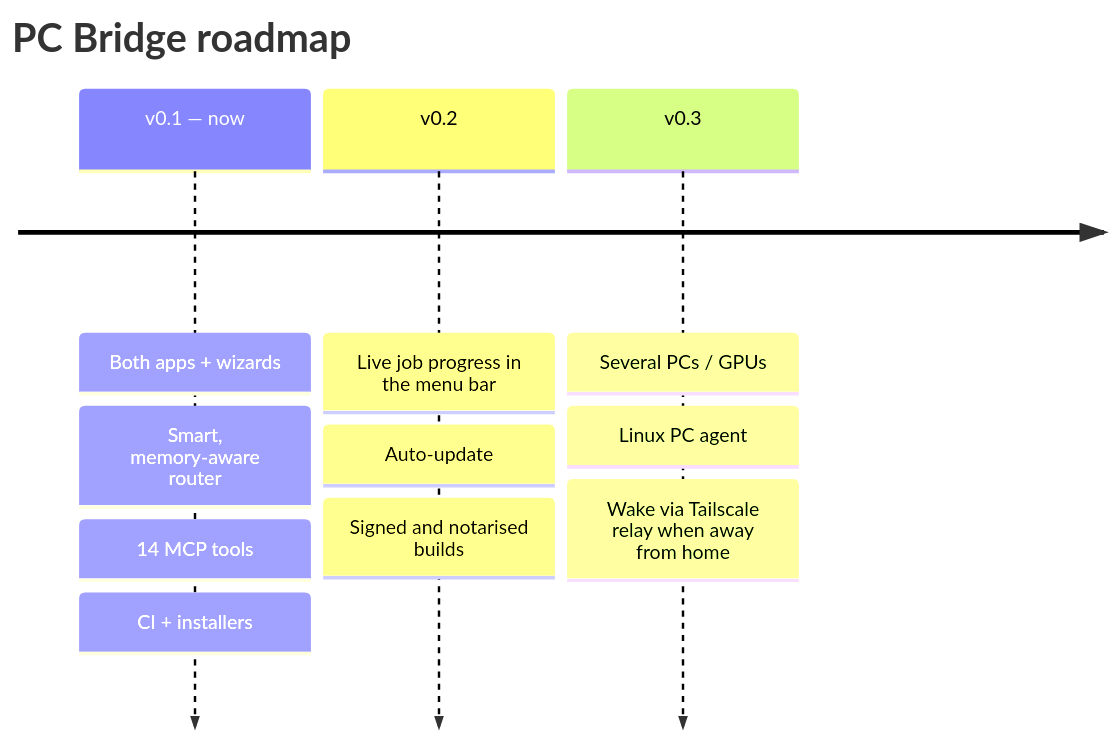
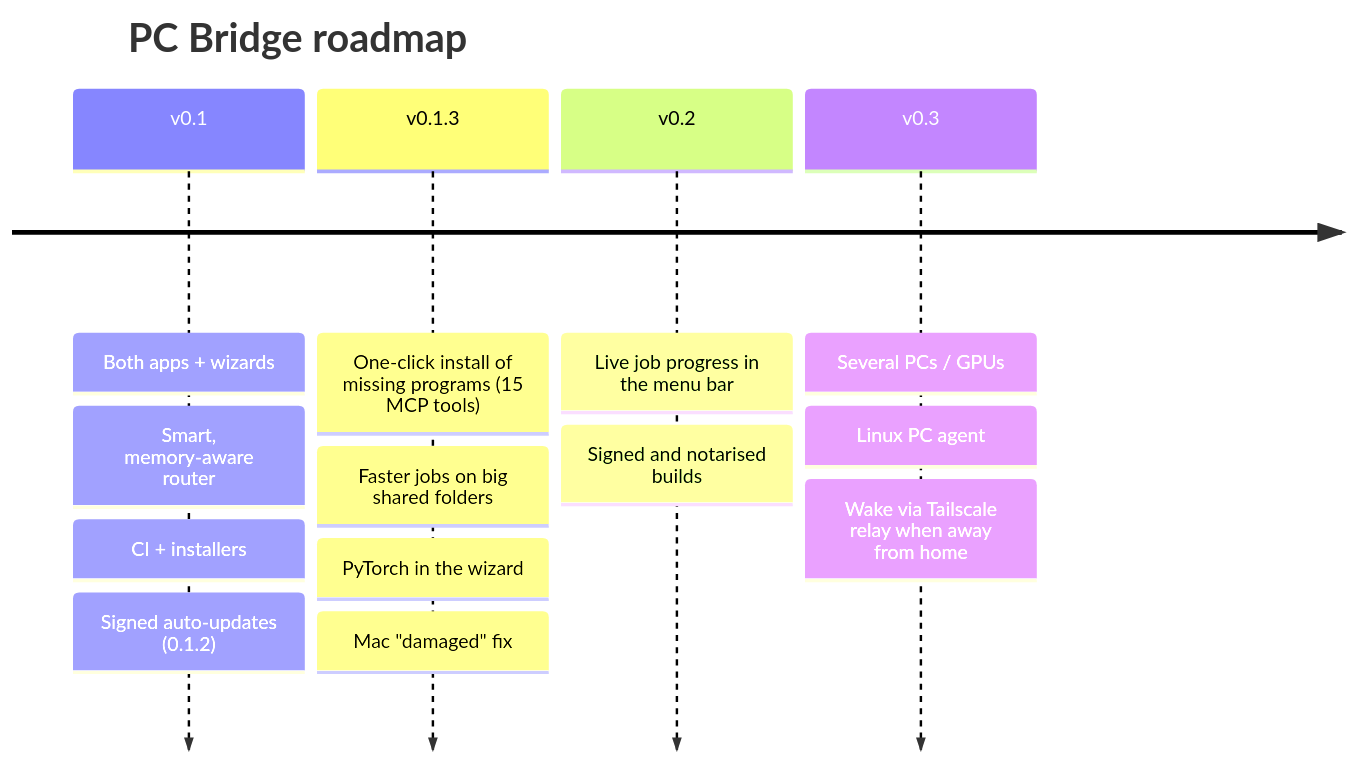
One commit to walidriachy/pc-gpu-bridge changed the second of 2 diagrams in README.md. Above: the diagram before and after it, drawn with Mermaid. The commit also changed other lines of this file and 36 other files, not shown here.

First line of the commit message:
Release v0.1.3: missing-program installs, faster jobs, Mac signing fix

````diff
--- a/README.md
+++ b/README.md
@@ -194,7 +195,8 @@
 ```mermaid
 timeline
   title PC Bridge roadmap
-  v0.1 — now : Both apps + wizards : Smart, memory-aware router : 14 MCP tools : CI + installers
-  v0.2 : Live job progress in the menu bar : Auto-update : Signed and notarised builds
+  v0.1 : Both apps + wizards : Smart, memory-aware router : CI + installers : Signed auto-updates (0.1.2)
+  v0.1.3 : One-click install of missing programs (15 MCP tools) : Faster jobs on big shared folders : PyTorch in the wizard : Mac "damaged" fix
+  v0.2 : Live job progress in the menu bar : Signed and notarised builds
   v0.3 : Several PCs / GPUs : Linux PC agent : Wake via Tailscale relay when away from home
 ```
````
